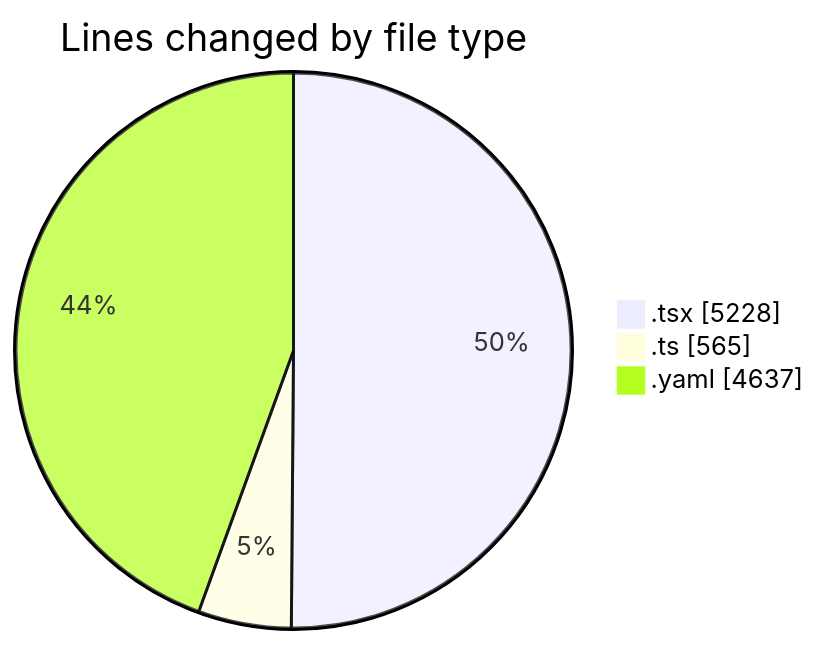
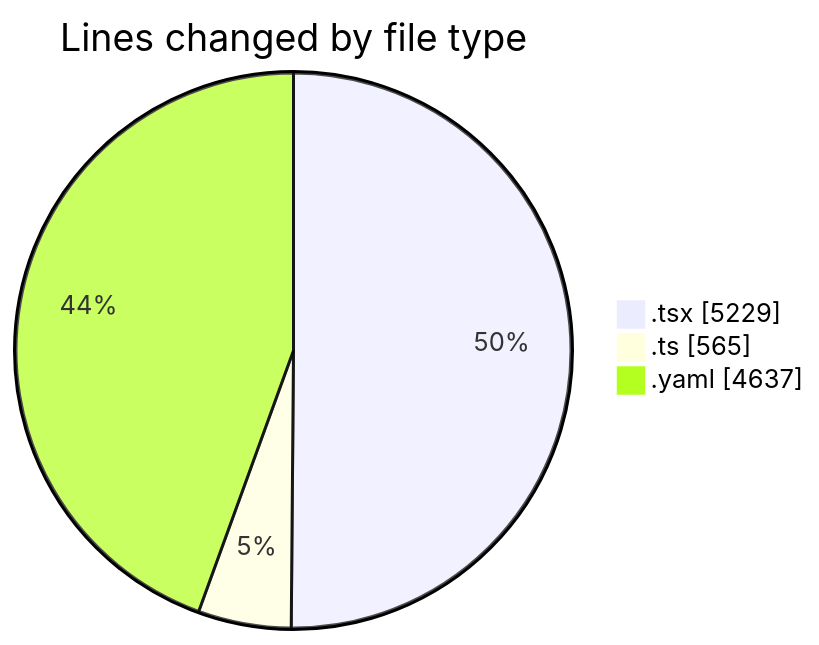
The first of 2 diagrams in 2025-10-13/eventscop-frontend-guide__workspace_/README.md (julien-gomy/code-tracking), drawn with Mermaid before and after one commit. The commit also changed other lines of this file and 1 other file, not shown here.

````diff
--- a/2025-10-13/eventscop-frontend-guide__workspace_/README.md
+++ b/2025-10-13/eventscop-frontend-guide__workspace_/README.md
@@ -44,7 +44,7 @@
 ```mermaid
 pie showData
 title Lines changed by file type
-".tsx" : 5228
+".tsx" : 5229
 ".ts" : 565
 ".yaml" : 4637
 ```
````
